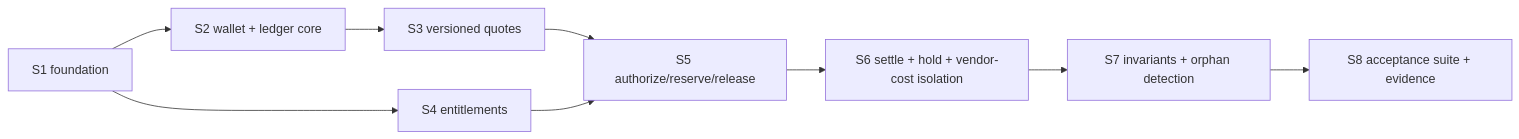
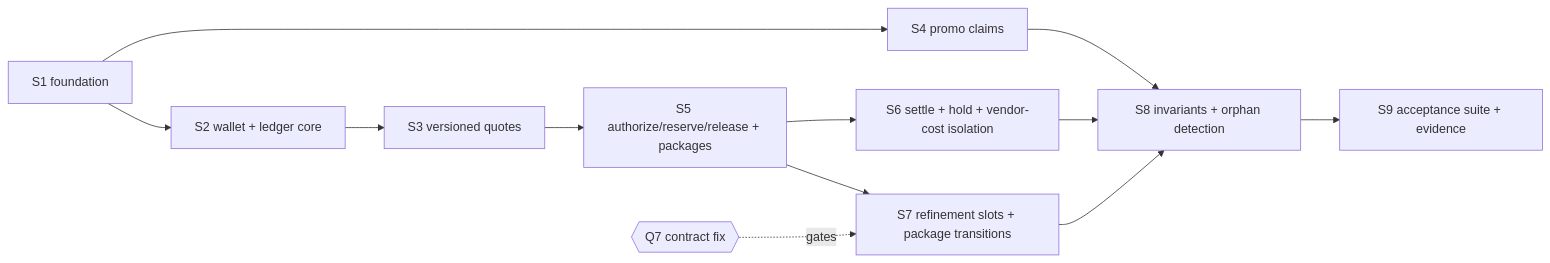
Before and after one commit to TheCrimsonMarket/vynvori: the diagram in docs/implementation/M7-Plan.md, drawn with Mermaid. The commit also changed other lines of this file, not shown here.

````diff
--- a/docs/implementation/M7-Plan.md
+++ b/docs/implementation/M7-Plan.md
@@ -110,11 +130,14 @@
 ```mermaid
 flowchart LR
  S1[S1 foundation] --> S2[S2 wallet + ledger core]
- S1 --> S4[S4 entitlements]
+ S1 --> S4[S4 promo claims]
  S2 --> S3[S3 versioned quotes]
- S3 --> S5[S5 authorize/reserve/release]
- S4 --> S5
+ S3 --> S5[S5 authorize/reserve/release + packages]
  S5 --> S6[S6 settle + hold + vendor-cost isolation]
- S6 --> S7[S7 invariants + orphan detection]
- S7 --> S8[S8 acceptance suite + evidence]
+ S5 --> S7[S7 refinement slots + package transitions]
+ S4 --> S8[S8 invariants + orphan detection]
+ S6 --> S8
+ S7 --> S8
+ S8 --> S9[S9 acceptance suite + evidence]
+ Q7{{Q7 contract fix}} -.gates.-> S7
 ```
````
